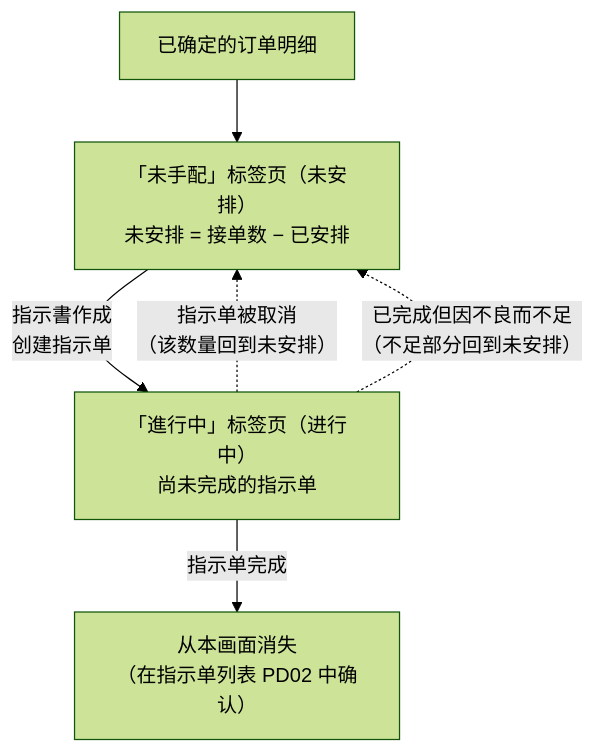
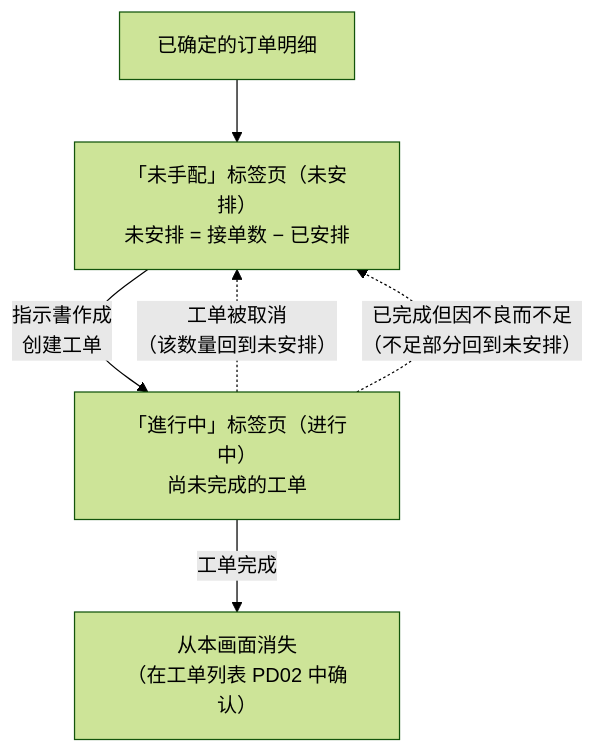
Before and after one commit to Kuisin/ckk-tool-v3: the diagram in coolify/apps/nextjs-web/content/manual/operations/production/pending-work-order/user.zh.md, drawn with Mermaid (forest theme). The commit also changed other lines of this file and 137 other files, not shown here.

````diff
--- a/coolify/apps/nextjs-web/content/manual/operations/production/pending-work-order/user.zh.md
+++ b/coolify/apps/nextjs-web/content/manual/operations/production/pending-work-order/user.zh.md
@@ -69,8 +69,8 @@
 ```mermaid
 flowchart TD
   line["已确定的订单明细"] --> un["「未手配」标签页（未安排）<br/>未安排 = 接单数 − 已安排"]
-  un -->|"指示書作成<br/>创建指示单"| wo["「進行中」标签页（进行中）<br/>尚未完成的指示单"]
-  wo -->|"指示单完成"| done["从本画面消失<br/>（在指示单列表 PD02 中确认）"]
-  wo -.->|"指示单被取消<br/>（该数量回到未安排）"| un
+  un -->|"指示書作成<br/>创建工单"| wo["「進行中」标签页（进行中）<br/>尚未完成的工单"]
+  wo -->|"工单完成"| done["从本画面消失<br/>（在工单列表 PD02 中确认）"]
+  wo -.->|"工单被取消<br/>（该数量回到未安排）"| un
   wo -.->|"已完成但因不良而不足<br/>（不足部分回到未安排）"| un
 ```
````
